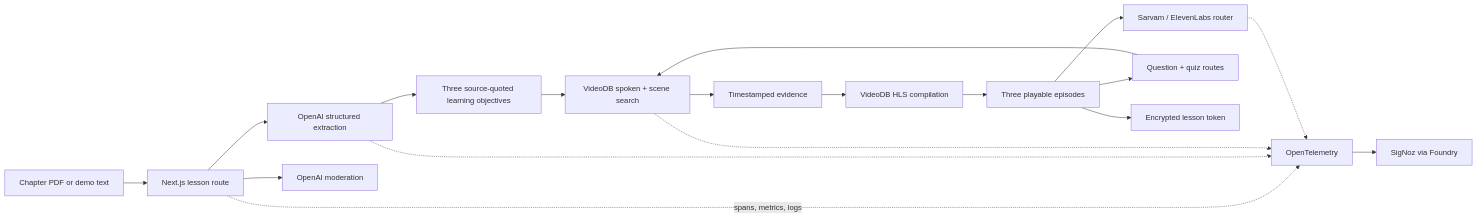
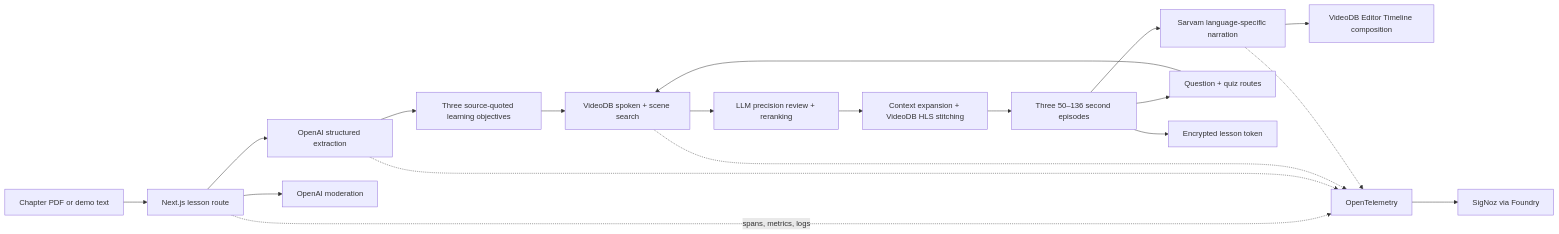
Before and after one commit to PraveerSharma/kathaquest: the diagram in README.md, drawn with Mermaid. The commit also changed other lines of this file and 33 other files, not shown here.

````diff
--- a/README.md
+++ b/README.md
@@ -30,20 +30,21 @@
 ```mermaid
 flowchart LR
     A[Chapter PDF or demo text] --> B[Next.js lesson route]
     B --> C[OpenAI structured extraction]
     C --> D[Three source-quoted learning objectives]
     D --> E[VideoDB spoken + scene search]
-    E --> F[Timestamped evidence]
-    F --> G[VideoDB HLS compilation]
-    G --> H[Three playable episodes]
-    H --> I[Sarvam / ElevenLabs router]
+    E --> F[LLM precision review + reranking]
+    F --> G[Context expansion + VideoDB HLS stitching]
+    G --> H[Three 50–136 second episodes]
+    H --> I[Sarvam language-specific narration]
+    I --> O[VideoDB Editor Timeline composition]
     H --> J[Question + quiz routes]
     J --> E
     B --> M[OpenAI moderation]
     H --> N[Encrypted lesson token]
     B -. spans, metrics, logs .-> K[OpenTelemetry]
     C -.-> K
     E -.-> K
     I -.-> K
     K --> L[SigNoz via Foundry]
 ```
````
